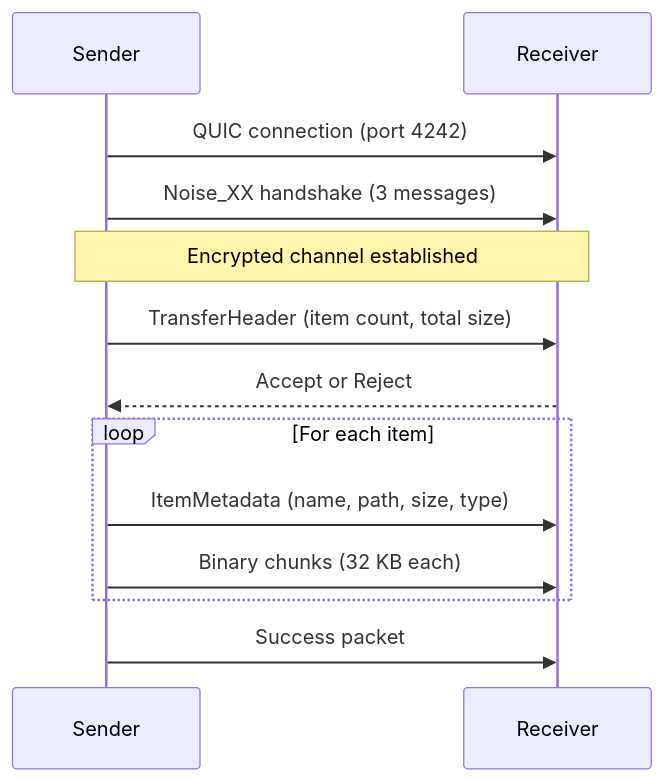
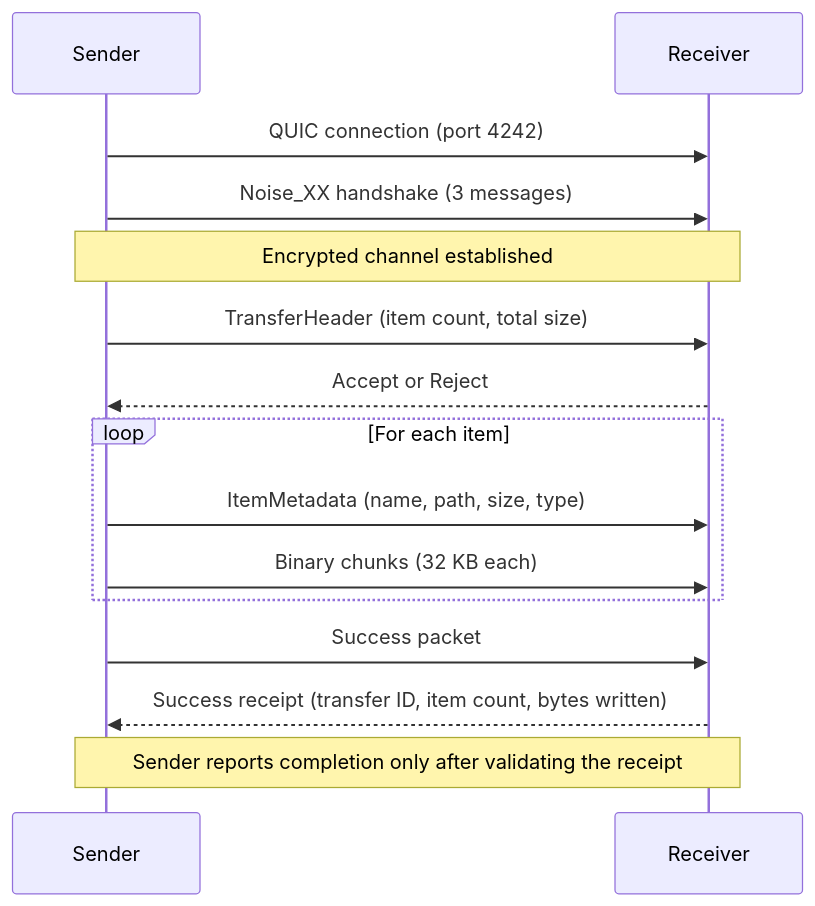
Before and after one commit to djalmajr/dukto: the diagram in docs/concepts/transfer-protocol.md, drawn with Mermaid. The commit also changed other lines of this file and 88 other files, not shown here.

````diff
--- a/docs/concepts/transfer-protocol.md
+++ b/docs/concepts/transfer-protocol.md
@@ -7,19 +7,21 @@
 ```mermaid
 sequenceDiagram
   participant S as Sender
   participant R as Receiver
 
   S->>R: QUIC connection (port 4242)
   S->>R: Noise_XX handshake (3 messages)
   Note over S,R: Encrypted channel established
 
   S->>R: TransferHeader (item count, total size)
   R-->>S: Accept or Reject
 
   loop For each item
     S->>R: ItemMetadata (name, path, size, type)
     S->>R: Binary chunks (32 KB each)
   end
 
   S->>R: Success packet
+  R-->>S: Success receipt (transfer ID, item count, bytes written)
+  Note over S,R: Sender reports completion only after validating the receipt
 ```
````
